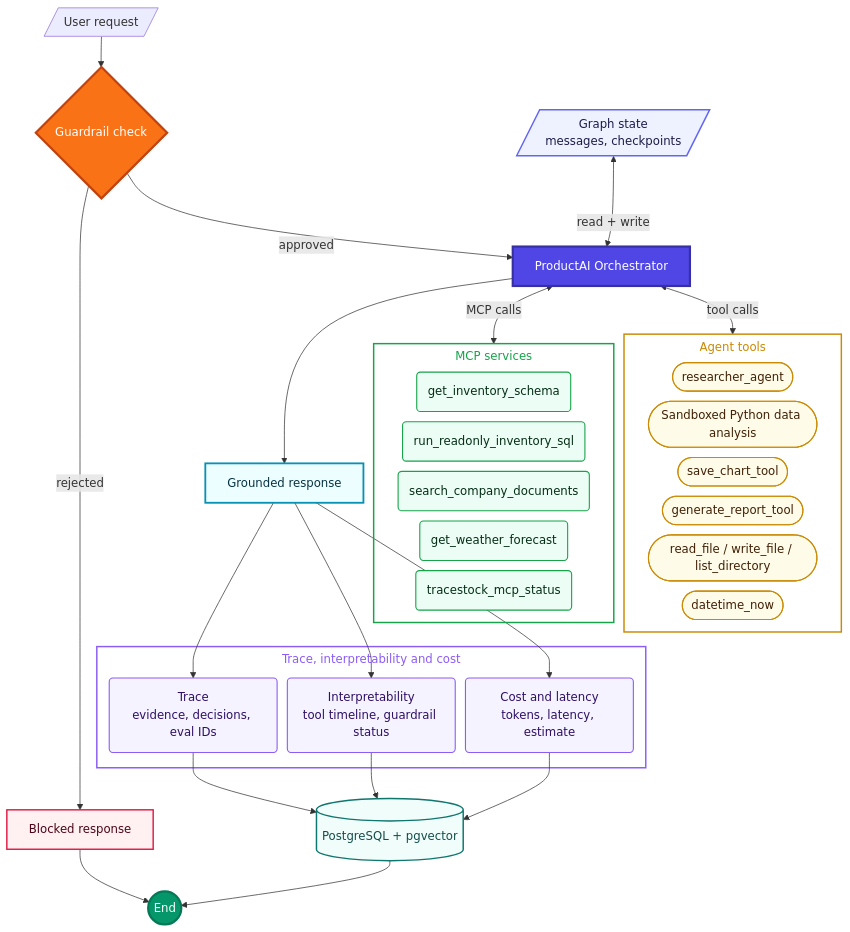
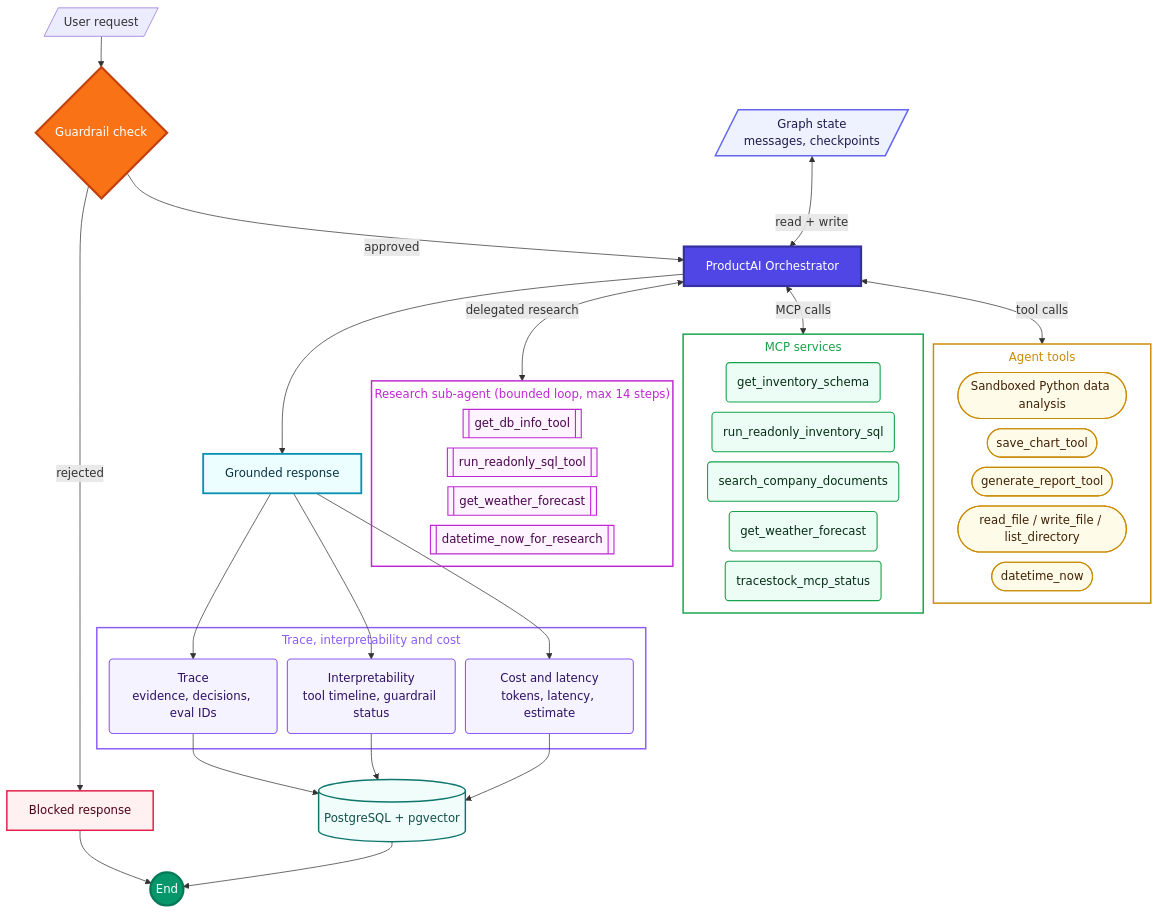
The diagram in frontend/public/generated/productai_agent_full_graph.mmd (badhon1512/DevAnalystAgent), drawn with Mermaid before and after one commit. The commit also changed 3 other files, not shown here.

First line of the commit message:
Give the research sub-agent its own panel in the agent graph

```diff
--- a/frontend/public/generated/productai_agent_full_graph.mmd
+++ b/frontend/public/generated/productai_agent_full_graph.mmd
@@ -1,60 +1,69 @@
 %%{init: {"flowchart": {"nodeSpacing": 14, "rankSpacing": 42, "subGraphTitleMargin": {"top": 6, "bottom": 16}}}}%%
 flowchart TB
     USER[/User request/] --> GUARD{Guardrail check}
     GUARD -->|rejected| BLOCKED[Blocked response]
     GUARD -->|approved| O[ProductAI Orchestrator]
 
     STATE[/"Graph state<br/>messages, checkpoints"/] <-->|read + write| O
+    O <-->|delegated research| RESEARCH
     O <-->|MCP calls| MCP
     O <-->|tool calls| TOOLS
+
+    subgraph RESEARCH["Research sub-agent (bounded loop, max 14 steps)"]
+        R1[["get_db_info_tool"]]:::researchNode
+        R2[["run_readonly_sql_tool"]]:::researchNode
+        R3[["get_weather_forecast"]]:::researchNode
+        R4[["datetime_now_for_research"]]:::researchNode
+    end
 
     subgraph MCP[MCP services]
         M1("get_inventory_schema"):::mcpNode
         M2("run_readonly_inventory_sql"):::mcpNode
         M3("search_company_documents"):::mcpNode
         M4("get_weather_forecast"):::mcpNode
         M5("tracestock_mcp_status"):::mcpNode
     end
 
     subgraph TOOLS[Agent tools]
-        T1(["researcher_agent"]):::toolNode
         T2(["Sandboxed Python data analysis"]):::toolNode
         T3(["save_chart_tool"]):::toolNode
         T4(["generate_report_tool"]):::toolNode
         T5(["read_file / write_file / list_directory"]):::toolNode
         T6(["datetime_now"]):::toolNode
     end
 
     O --> ANSWER[Grounded response]
 
     subgraph OBS[Trace, interpretability and cost]
         TRACE("Trace<br/>evidence, decisions, eval IDs"):::obsNode
         INTERP("Interpretability<br/>tool timeline, guardrail status"):::obsNode
         COST("Cost and latency<br/>tokens, latency, estimate"):::obsNode
     end
 
     ANSWER --> TRACE
     ANSWER --> INTERP
     ANSWER --> COST
 
     TRACE --> STORE[(PostgreSQL + pgvector)]
     INTERP --> STORE
     COST --> STORE
 
     BLOCKED --> FINISH((End))
     STORE --> FINISH
 
     classDef mcpNode fill:#ECFDF5,stroke:#16A34A,stroke-width:1.5px,color:#052E16
     classDef toolNode fill:#FEFCE8,stroke:#CA8A04,stroke-width:1.5px,color:#422006
+    classDef researchNode fill:#FDF4FF,stroke:#C026D3,stroke-width:1.5px,color:#4A044E
     classDef obsNode fill:#F5F3FF,stroke:#8B5CF6,stroke-width:1.5px,color:#2E1065
 
     style GUARD fill:#F97316,color:#ffffff,stroke:#C2410C,stroke-width:3px
     style O fill:#4F46E5,color:#ffffff,stroke:#3730A3,stroke-width:3px
     style STATE fill:#EEF2FF,stroke:#6366F1,stroke-width:2px,color:#1E1B4B
     style ANSWER fill:#ECFEFF,stroke:#0891B2,stroke-width:2.5px,color:#083344
     style BLOCKED fill:#FFF1F2,stroke:#E11D48,stroke-width:2px,color:#4C0519
     style STORE fill:#F0FDFA,stroke:#0F766E,stroke-width:2px,color:#134E4A
     style FINISH fill:#059669,color:#ffffff,stroke:#047857,stroke-width:3px
+    style RESEARCH fill:transparent,stroke:#C026D3,stroke-width:2px,color:#C026D3
     style MCP fill:transparent,stroke:#16A34A,stroke-width:2px,color:#16A34A
     style TOOLS fill:transparent,stroke:#CA8A04,stroke-width:2px,color:#CA8A04
     style OBS fill:transparent,stroke:#8B5CF6,stroke-width:2px,color:#8B5CF6
```
